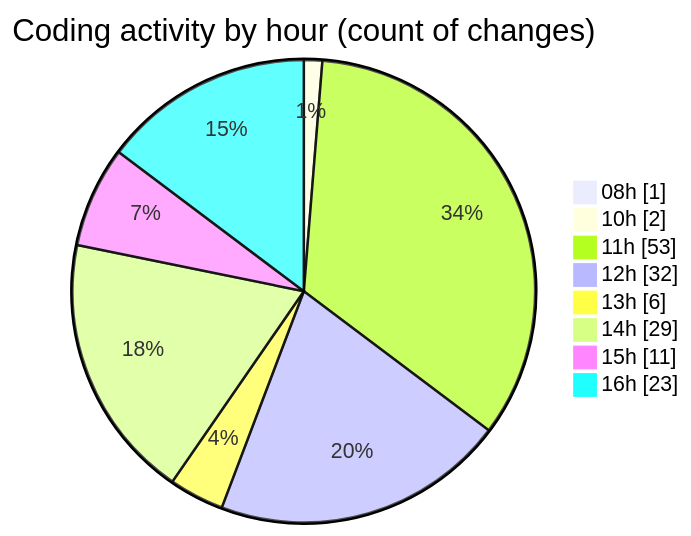
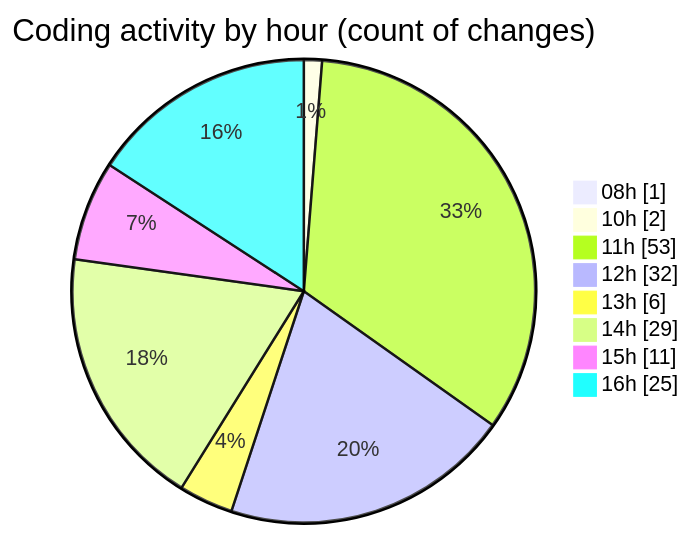
Before and after one commit to momahboobian/code-tracking: the second of 2 diagrams in 2025-07-03/cda/README.md, drawn with Mermaid. The commit also changed other lines of this file and 1 other file, not shown here.

````diff
--- a/2025-07-03/cda/README.md
+++ b/2025-07-03/cda/README.md
@@ -50,12 +51,12 @@
 ```mermaid
 pie showData
 title Coding activity by hour (count of changes)
 "08h" : 1
 "10h" : 2
 "11h" : 53
 "12h" : 32
 "13h" : 6
 "14h" : 29
 "15h" : 11
-"16h" : 23
+"16h" : 25
 ```
````
